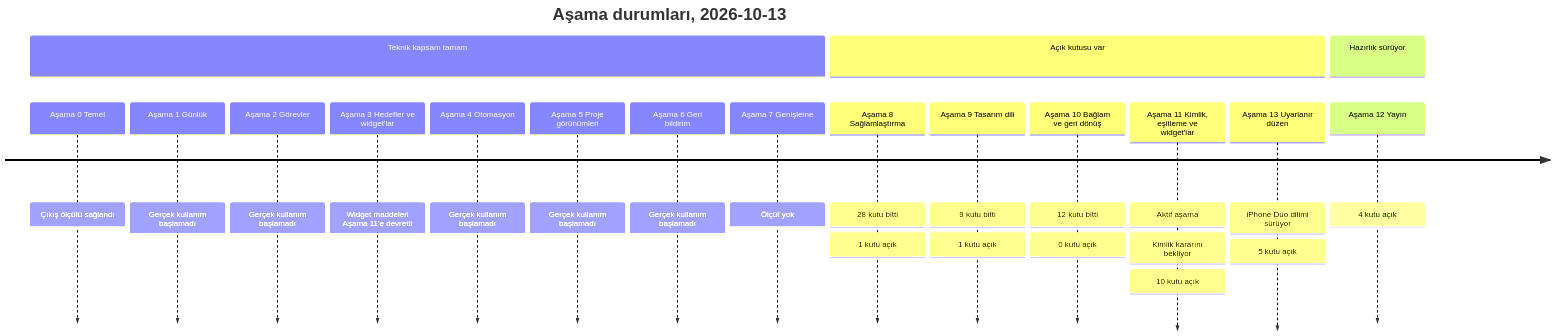
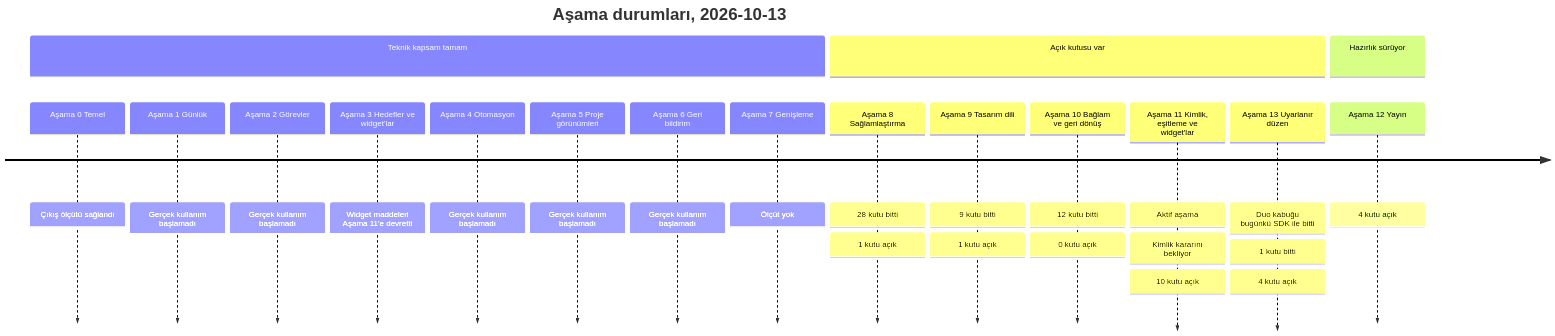
The first of 4 diagrams in docs/roadmap.md (dogancanyildiz/kenet), drawn with Mermaid before and after one commit. The commit also changed other lines of this file and 2 other files, not shown here.

Commit message:
docs: Duo D0 kararları, Aşama 13 kabuk kutusu kapandı, köprü cümlesi (#243)

````diff
--- a/docs/roadmap.md
+++ b/docs/roadmap.md
@@ -19,21 +19,21 @@
 ```mermaid
 timeline
     title Aşama durumları, 2026-10-13
     section Teknik kapsam tamam
         Aşama 0 Temel : Çıkış ölçütü sağlandı
         Aşama 1 Günlük : Gerçek kullanım başlamadı
         Aşama 2 Görevler : Gerçek kullanım başlamadı
         Aşama 3 Hedefler ve widget'lar : Widget maddeleri Aşama 11'e devretti
         Aşama 4 Otomasyon : Gerçek kullanım başlamadı
         Aşama 5 Proje görünümleri : Gerçek kullanım başlamadı
         Aşama 6 Geri bildirim : Gerçek kullanım başlamadı
         Aşama 7 Genişleme : Ölçüt yok
     section Açık kutusu var
         Aşama 8 Sağlamlaştırma : 28 kutu bitti : 1 kutu açık
         Aşama 9 Tasarım dili : 9 kutu bitti : 1 kutu açık
         Aşama 10 Bağlam ve geri dönüş : 12 kutu bitti : 0 kutu açık
         Aşama 11 Kimlik, eşitleme ve widget'lar : Aktif aşama : Kimlik kararını bekliyor : 10 kutu açık
-        Aşama 13 Uyarlanır düzen : iPhone Duo dilimi sürüyor : 5 kutu açık
+        Aşama 13 Uyarlanır düzen : Duo kabuğu bugünkü SDK ile bitti : 1 kutu bitti : 4 kutu açık
     section Hazırlık sürüyor
         Aşama 12 Yayın : 4 kutu açık
 ```
````
